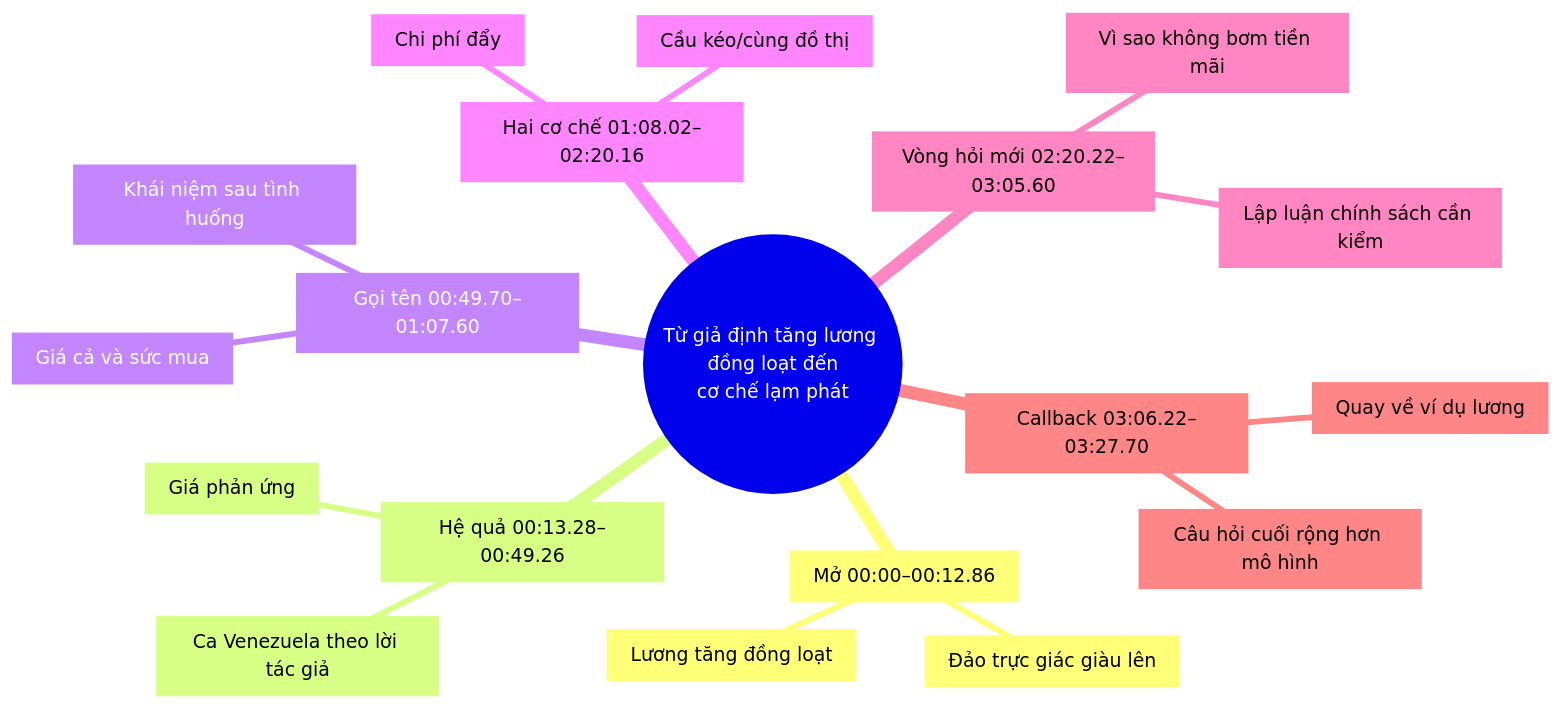
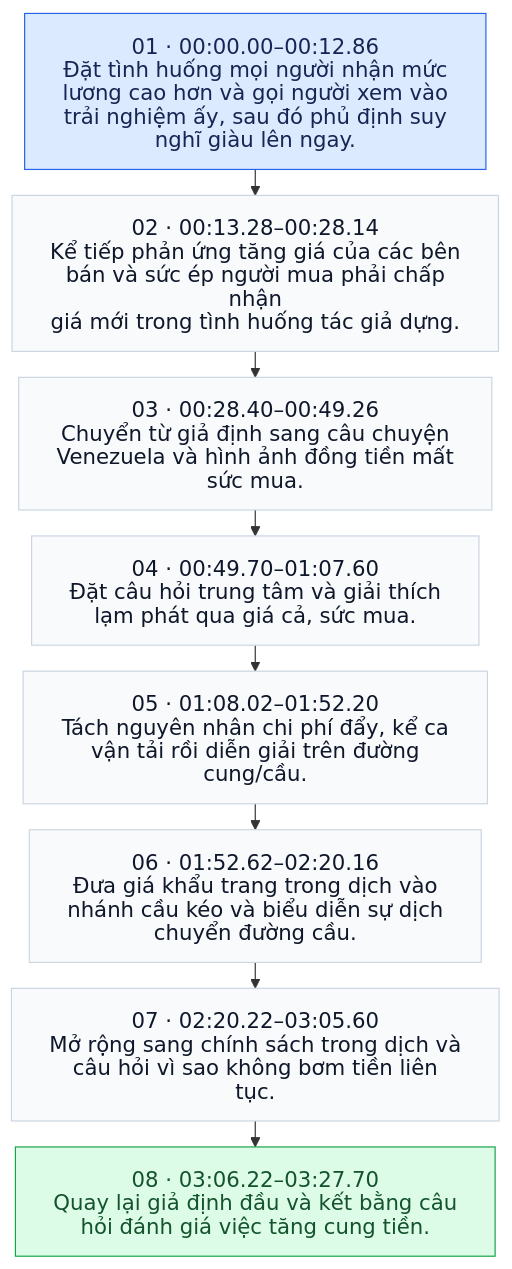
One commit to vilo0411/hook-script-kit changed the diagram in skills/hook-script/references/corpus/mindmaps/7359542441285930247.mmd. Above: the diagram before and after it, drawn with Mermaid. The commit also changed 103 other files, not shown here.

Commit message:
Diversify Vietnamese clip sources and replace radial maps with story flows

```diff
--- a/skills/hook-script/references/corpus/mindmaps/7359542441285930247.mmd
+++ b/skills/hook-script/references/corpus/mindmaps/7359542441285930247.mmd
@@ -1,20 +1,23 @@
-mindmap
-  root((Từ giả định tăng lương đồng loạt đến<br/>cơ chế lạm phát))
-    b0["Mở 00:00–00:12.86"]
-      b0c0["Lương tăng đồng loạt"]
-      b0c1["Đảo trực giác giàu lên"]
-    b1["Hệ quả 00:13.28–00:49.26"]
-      b1c0["Giá phản ứng"]
-      b1c1["Ca Venezuela theo lời tác giả"]
-    b2["Gọi tên 00:49.70–01:07.60"]
-      b2c0["Giá cả và sức mua"]
-      b2c1["Khái niệm sau tình huống"]
-    b3["Hai cơ chế 01:08.02–02:20.16"]
-      b3c0["Chi phí đẩy"]
-      b3c1["Cầu kéo/cùng đồ thị"]
-    b4["Vòng hỏi mới 02:20.22–03:05.60"]
-      b4c0["Vì sao không bơm tiền mãi"]
-      b4c1["Lập luận chính sách cần kiểm"]
-    b5["Callback 03:06.22–03:27.70"]
-      b5c0["Quay về ví dụ lương"]
-      b5c1["Câu hỏi cuối rộng hơn mô hình"]
+%%{init: {"htmlLabels": false, "themeVariables": {"fontSize": "18px"}, "flowchart": {"padding": 16, "rankSpacing": 22, "wrappingWidth": 360}}}%%
+flowchart TD
+  n0["01 · 00:00.00–00:12.86<br/>Đặt tình huống mọi người nhận mức<br/>lương cao hơn và gọi người xem vào<br/>trải nghiệm ấy, sau đó phủ định suy<br/>nghĩ giàu lên ngay."]
+  n1["02 · 00:13.28–00:28.14<br/>Kể tiếp phản ứng tăng giá của các bên<br/>bán và sức ép người mua phải chấp nhận<br/>giá mới trong tình huống tác giả dựng."]
+  n0 --> n1
+  n2["03 · 00:28.40–00:49.26<br/>Chuyển từ giả định sang câu chuyện<br/>Venezuela và hình ảnh đồng tiền mất<br/>sức mua."]
+  n1 --> n2
+  n3["04 · 00:49.70–01:07.60<br/>Đặt câu hỏi trung tâm và giải thích<br/>lạm phát qua giá cả, sức mua."]
+  n2 --> n3
+  n4["05 · 01:08.02–01:52.20<br/>Tách nguyên nhân chi phí đẩy, kể ca<br/>vận tải rồi diễn giải trên đường<br/>cung/cầu."]
+  n3 --> n4
+  n5["06 · 01:52.62–02:20.16<br/>Đưa giá khẩu trang trong dịch vào<br/>nhánh cầu kéo và biểu diễn sự dịch<br/>chuyển đường cầu."]
+  n4 --> n5
+  n6["07 · 02:20.22–03:05.60<br/>Mở rộng sang chính sách trong dịch và<br/>câu hỏi vì sao không bơm tiền liên<br/>tục."]
+  n5 --> n6
+  n7["08 · 03:06.22–03:27.70<br/>Quay lại giả định đầu và kết bằng câu<br/>hỏi đánh giá việc tăng cung tiền."]
+  n6 --> n7
+  classDef phase fill:#F8FAFC,stroke:#CBD5E1,color:#0F172A,font-size:18px;
+  classDef opening fill:#DBEAFE,stroke:#2563EB,color:#172554,font-size:18px;
+  classDef ending fill:#DCFCE7,stroke:#16A34A,color:#14532D,font-size:18px;
+  class n0,n1,n2,n3,n4,n5,n6,n7 phase;
+  class n0 opening;
+  class n7 ending;
```
